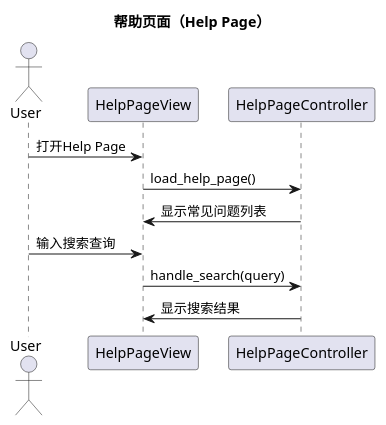
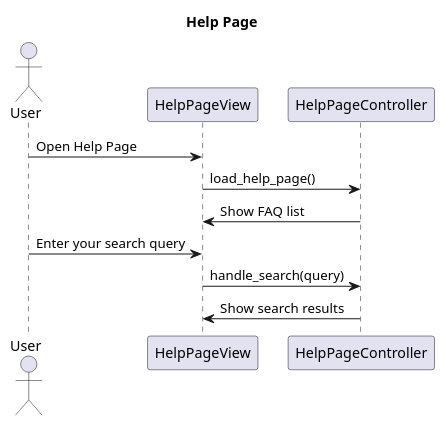
The sixth of 16 diagrams in planning/class_diagrams.md (violeteye1234/group23_COMPS350F), drawn with PlantUML before and after one commit. The commit also changed other lines of this file, not shown here.

````diff
--- a/planning/class_diagrams.md
+++ b/planning/class_diagrams.md
@@ -215,16 +215,16 @@
 ```plantuml
 @startuml
-title 帮助页面（Help Page）
+title Help Page
 
 actor User
 participant "HelpPageView" as View
 participant "HelpPageController" as Controller
 
-User -> View: 打开Help Page
+User -> View: Open Help Page
 View -> Controller: load_help_page()
-Controller -> View: 显示常见问题列表
-User -> View: 输入搜索查询
+Controller -> View: Show FAQ list
+User -> View: Enter your search query
 View -> Controller: handle_search(query)
-Controller -> View: 显示搜索结果
+Controller -> View: Show search results
 @enduml
 ```
````
